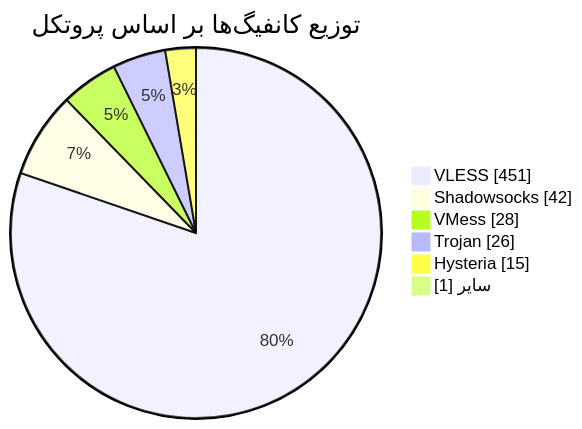
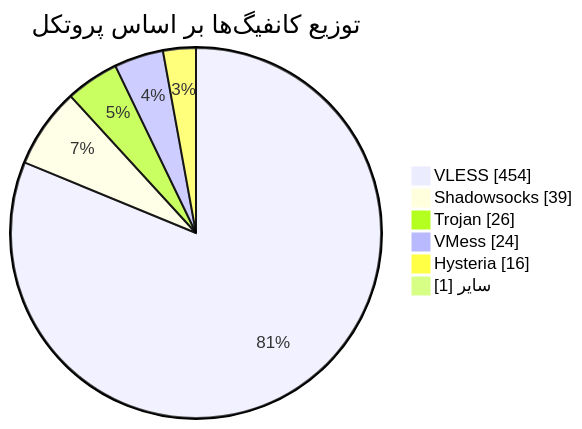
The diagram in README.md (Arian-Alijani/Somthing), drawn with Mermaid before and after one commit. The commit also changed other lines of this file and 81 other files, not shown here.

````diff
--- a/README.md
+++ b/README.md
@@ -48,10 +48,10 @@
 ```mermaid
 pie showData
     title توزیع کانفیگ‌ها بر اساس پروتکل
-    "VLESS" : 451
-    "Shadowsocks" : 42
-    "VMess" : 28
+    "VLESS" : 454
+    "Shadowsocks" : 39
     "Trojan" : 26
-    "Hysteria" : 15
+    "VMess" : 24
+    "Hysteria" : 16
     "سایر" : 1
 ```
````
